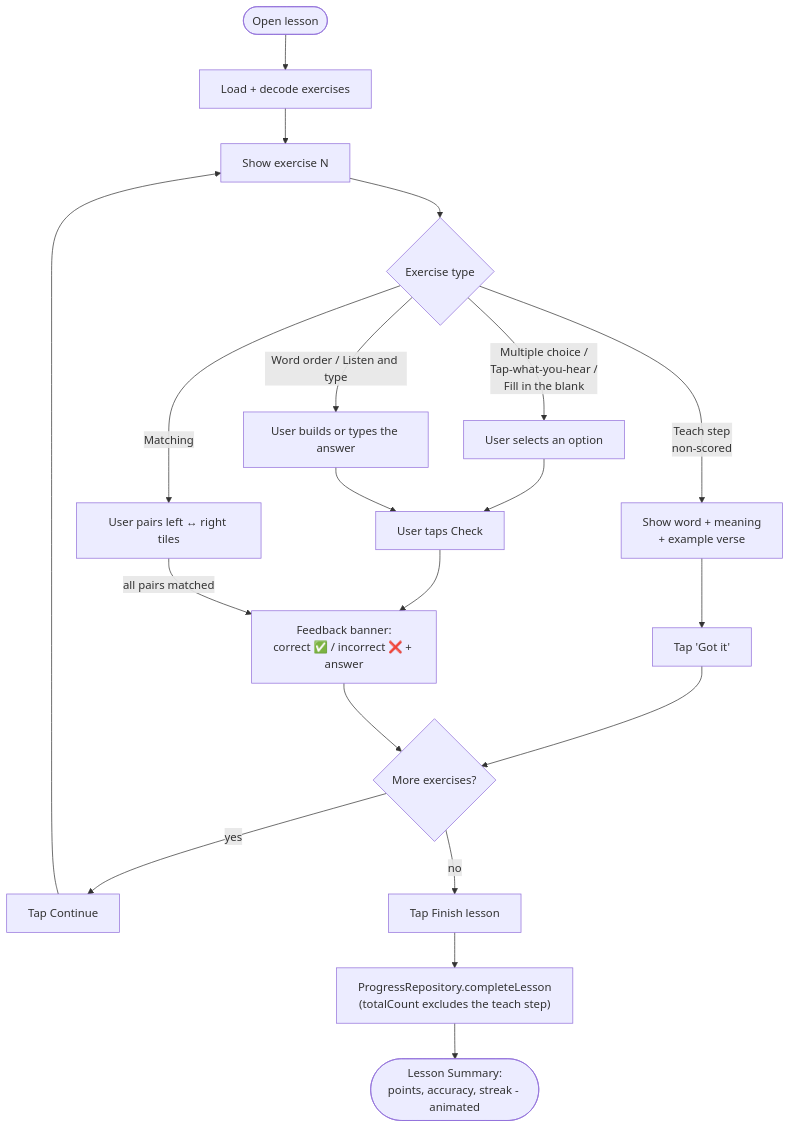
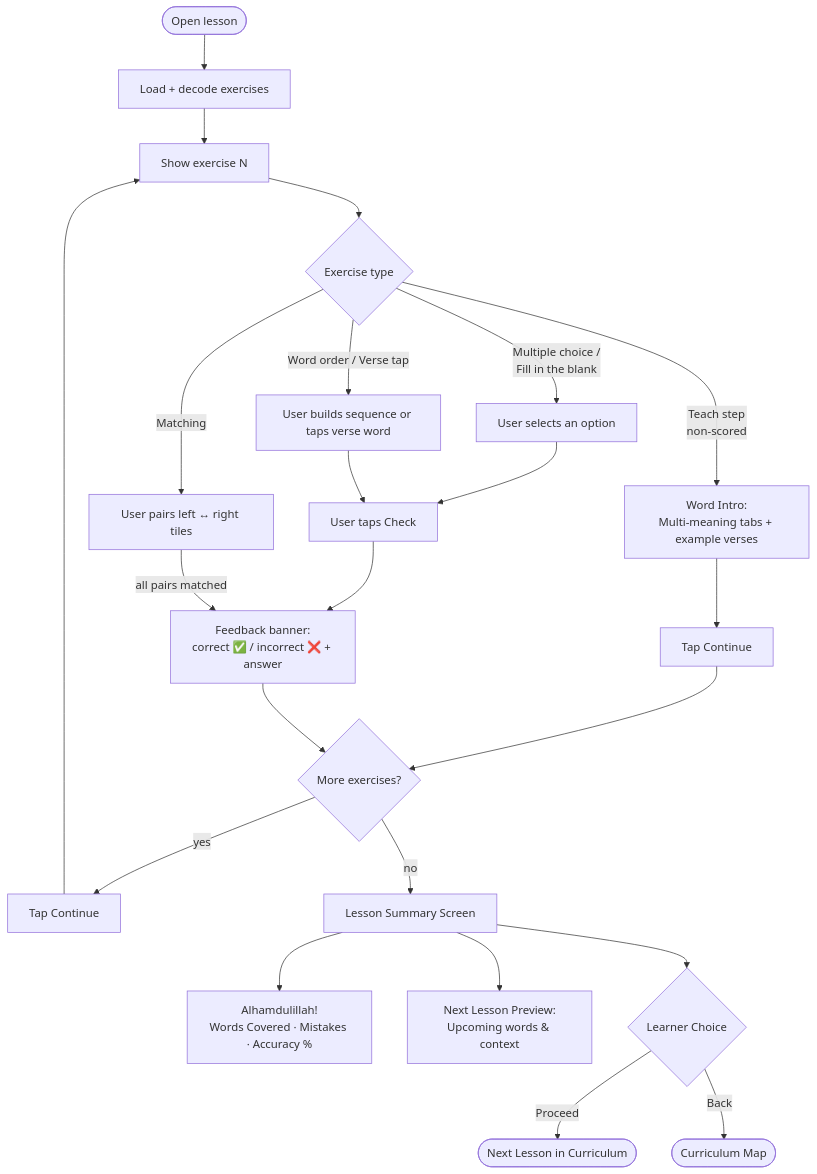
The third of 3 diagrams in docs/USER_FLOWS.md (deanybytes/QuranicWords), drawn with Mermaid before and after one commit. The commit also changed other lines of this file and 13 other files, not shown here.

````diff
--- a/docs/USER_FLOWS.md
+++ b/docs/USER_FLOWS.md
@@ -74,20 +57,23 @@
 ```mermaid
 flowchart TD
     Start([Open lesson]) --> Load[Load + decode exercises]
     Load --> Show[Show exercise N]
     Show --> Type{Exercise type}
-    Type -->|Teach step<br/>non-scored| Teach["Show word + meaning<br/>+ example verse"]
-    Teach --> Got["Tap 'Got it'"] --> More
-    Type -->|Multiple choice /<br/>Tap-what-you-hear /<br/>Fill in the blank| Select[User selects an option]
+    Type -->|Teach step<br/>non-scored| Teach["Word Intro:<br/>Multi-meaning tabs + example verses"]
+    Teach --> ContinueTeach["Tap Continue"] --> More
+    Type -->|Multiple choice /<br/>Fill in the blank| Select[User selects an option]
     Select --> Check[User taps Check]
     Check --> Feedback1[Feedback banner:<br/>correct ✅ / incorrect ❌ + answer]
     Type -->|Matching| Match[User pairs left ↔ right tiles]
     Match -->|all pairs matched| Feedback1
-    Type -->|Word order / Listen and type| Build[User builds or types the answer]
+    Type -->|Word order / Verse tap| Build[User builds sequence or taps verse word]
     Build --> Check
     Feedback1 --> More{More exercises?}
     More -->|yes| Continue[Tap Continue] --> Show
-    More -->|no| Finish[Tap Finish lesson]
-    Finish --> Complete["ProgressRepository.completeLesson<br/>(totalCount excludes the teach step)"]
-    Complete --> Summary([Lesson Summary:<br/>points, accuracy, streak - animated])
+    More -->|no| Summary[Lesson Summary Screen]
+    Summary --> Stats["Alhamdulillah!<br/>Words Covered · Mistakes · Accuracy %"]
+    Summary --> Preview["Next Lesson Preview:<br/>Upcoming words & context"]
+    Summary --> NextAction{Learner Choice}
+    NextAction -->|Proceed| NextLesson([Next Lesson in Curriculum])
+    NextAction -->|Back| HomeMap([Curriculum Map])
 ```
````
